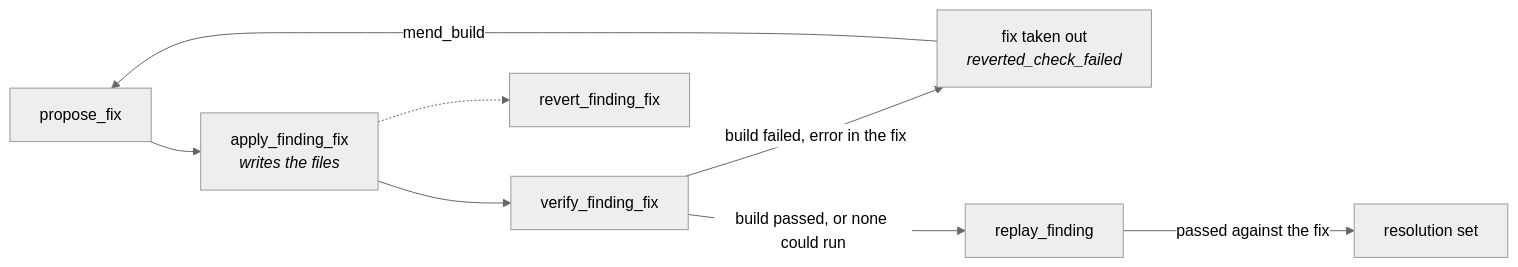
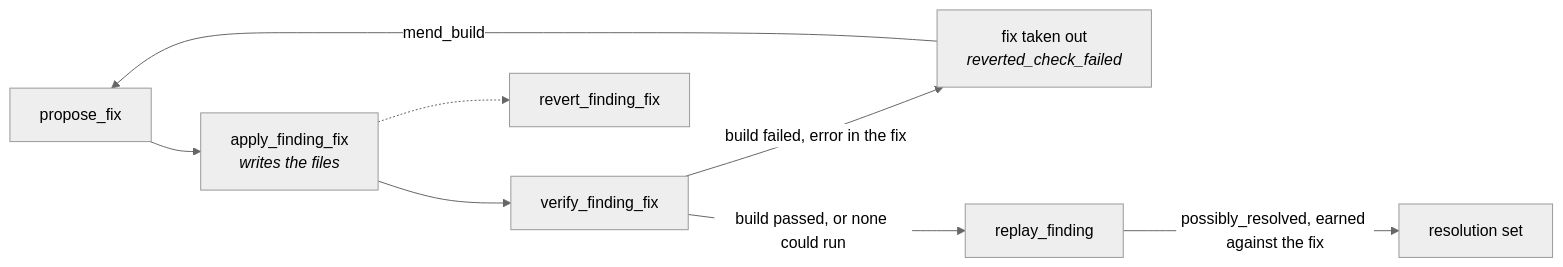
Before and after one commit to Spec-Forge-Testing/specforge-docs: the diagram in docs/modules/core/protocol/replay-and-fixes.md, drawn with Mermaid (neutral theme). The commit also changed other lines of this file and 12 other files, not shown here.

First line of the commit message:
docs(core): describe the finding replay that earns possibly resolved

````diff
--- a/docs/modules/core/protocol/replay-and-fixes.md
+++ b/docs/modules/core/protocol/replay-and-fixes.md
@@ -12,10 +12,10 @@
 ```mermaid
 flowchart LR
     P[propose_fix] --> A[apply_finding_fix<br/><i>writes the files</i>]
     A --> V[verify_finding_fix]
     V -->|build failed, error in the fix| R[fix taken out<br/><i>reverted_check_failed</i>]
     V -->|build passed, or none could run| Q[replay_finding]
-    Q -->|passed against the fix| S[resolution set]
+    Q -->|possibly_resolved, earned against the fix| S[resolution set]
     R -->|mend_build| P
     A -.-> X[revert_finding_fix]
 ```
````
